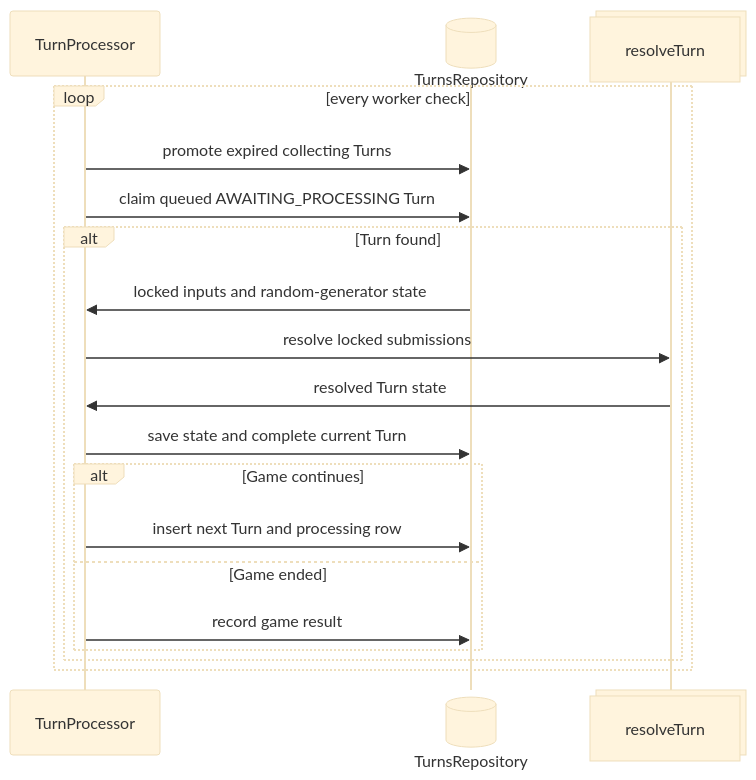
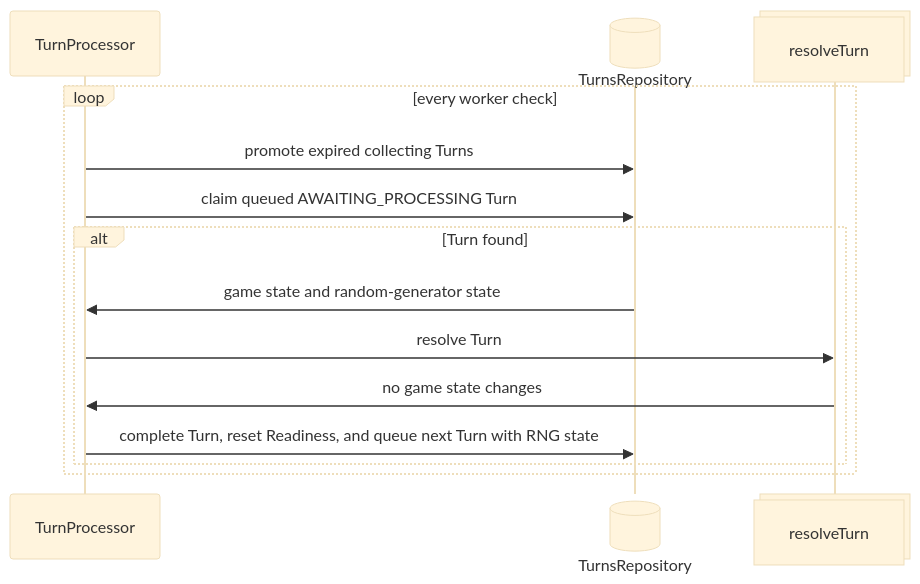
The diagram in docs/architecture/turn-processing.md (Guillaume-Docquier/text-based-browser-game-1), drawn with Mermaid (base theme) before and after one commit. The commit also changed other lines of this file and 223 other files, not shown here.

````diff
--- a/docs/architecture/turn-processing.md
+++ b/docs/architecture/turn-processing.md
@@ -20,21 +20,16 @@
 ```mermaid
 sequenceDiagram
         participant P3 as TurnProcessor
         participant P1@{ "type": "database" } as TurnsRepository
         participant P2@{ "type": "collections" } as resolveTurn
         loop every worker check
           P3->>P1: promote expired collecting Turns
           P3->>P1: claim queued AWAITING_PROCESSING Turn
           alt Turn found
-            P1->>P3: locked inputs and random-generator state
-            P3->>P2: resolve locked submissions
-            P2->>P3: resolved Turn state
-            P3->>P1: save state and complete current Turn
-            alt Game continues
-              P3->>P1: insert next Turn and processing row
-            else Game ended
-              P3->>P1: record game result
-            end
+            P1->>P3: game state and random-generator state
+            P3->>P2: resolve Turn
+            P2->>P3: no game state changes
+            P3->>P1: complete Turn, reset Readiness, and queue next Turn with RNG state
           end
         end
 ```
````
